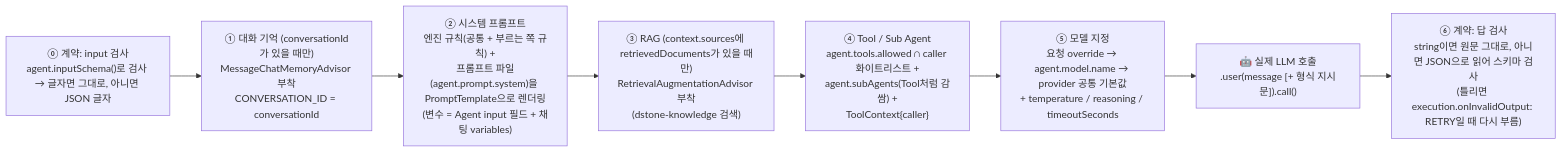
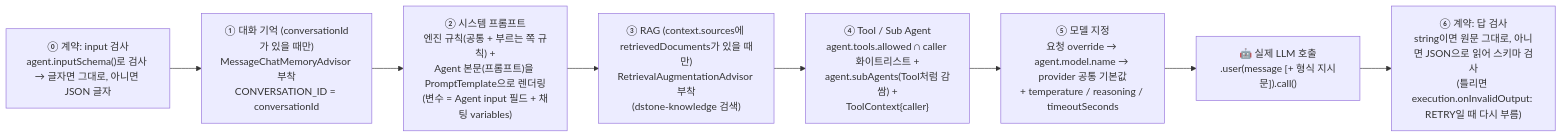
Before and after one commit to YongSoekChoeng/dstone: the eighth of 10 diagrams in docs/09.dstone-ai-engine.md, drawn with Mermaid. The commit also changed other lines of this file and 7 other files, not shown here.

First line of the commit message:
docs: 정의 파일 새 형식(.agent.md, Picoschema, with/save/return/state) 반영

````diff
--- a/docs/09.dstone-ai-engine.md
+++ b/docs/09.dstone-ai-engine.md
@@ -848,11 +848,11 @@
 ```mermaid
 flowchart LR
     S0["⓪ 계약: input 검사\nagent.inputSchema()로 검사 → 글자면 그대로, 아니면 JSON 글자"] --> S1
     S1["① 대화 기억 (conversationId가 있을 때만)\nMessageChatMemoryAdvisor 부착\nCONVERSATION_ID = conversationId"] --> S2
-    S2["② 시스템 프롬프트\n엔진 규칙(공통 + 부르는 쪽 규칙) +\n프롬프트 파일(agent.prompt.system)을 PromptTemplate으로 렌더링\n(변수 = Agent input 필드 + 채팅 variables)"] --> S3
+    S2["② 시스템 프롬프트\n엔진 규칙(공통 + 부르는 쪽 규칙) +\nAgent 본문(프롬프트)을 PromptTemplate으로 렌더링\n(변수 = Agent input 필드 + 채팅 variables)"] --> S3
     S3["③ RAG (context.sources에 retrievedDocuments가 있을 때만)\nRetrievalAugmentationAdvisor 부착\n(dstone-knowledge 검색)"] --> S4
     S4["④ Tool / Sub Agent\nagent.tools.allowed ∩ caller 화이트리스트 +\nagent.subAgents(Tool처럼 감쌈) +\nToolContext{caller}"] --> S5
     S5["⑤ 모델 지정\n요청 override → agent.model.name → provider 공통 기본값\n+ temperature / reasoning / timeoutSeconds"] --> LLM
     LLM["🤖 실제 LLM 호출\n.user(message [+ 형식 지시문]).call()"] --> S6
     S6["⑥ 계약: 답 검사\nstring이면 원문 그대로, 아니면 JSON으로 읽어 스키마 검사\n(틀리면 execution.onInvalidOutput: RETRY일 때 다시 부름)"]
 ```
````
